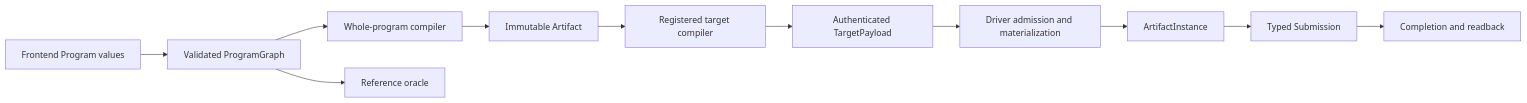
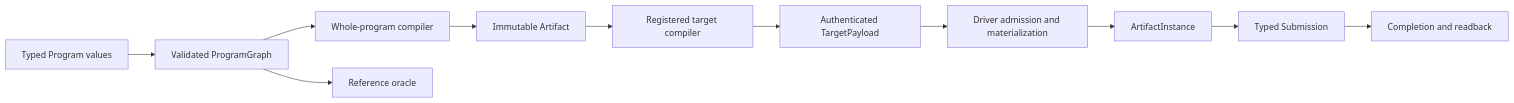
Before and after one commit to santhreal/vyre: the diagram in docs/ARCHITECTURE.md, drawn with Mermaid. The commit also changed other lines of this file and 2 other files, not shown here.

````diff
--- a/docs/ARCHITECTURE.md
+++ b/docs/ARCHITECTURE.md
@@ -24,13 +30,13 @@
 ```mermaid
 flowchart LR
-    Frontend[Frontend Program values] --> Graph[Validated ProgramGraph]
+    Builders[Typed Program values] --> Graph[Validated ProgramGraph]
     Graph --> Compiler[Whole-program compiler]
     Compiler --> Artifact[Immutable Artifact]
     Artifact --> TargetCompiler[Registered target compiler]
     TargetCompiler --> Payload[Authenticated TargetPayload]
     Payload --> Materializer[Driver admission and materialization]
     Materializer --> Instance[ArtifactInstance]
     Instance --> Submission[Typed Submission]
     Submission --> Completion[Completion and readback]
     Graph --> Reference[Reference oracle]
 ```
````
